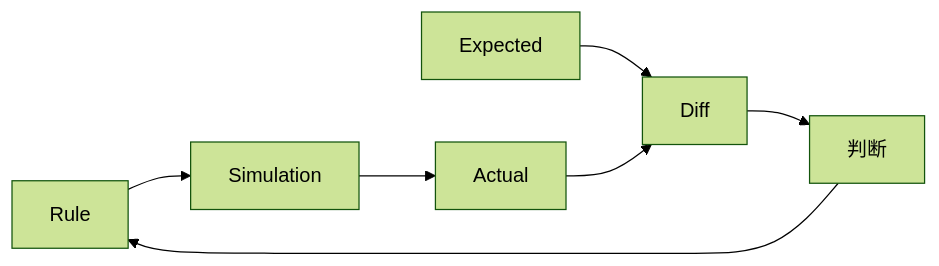
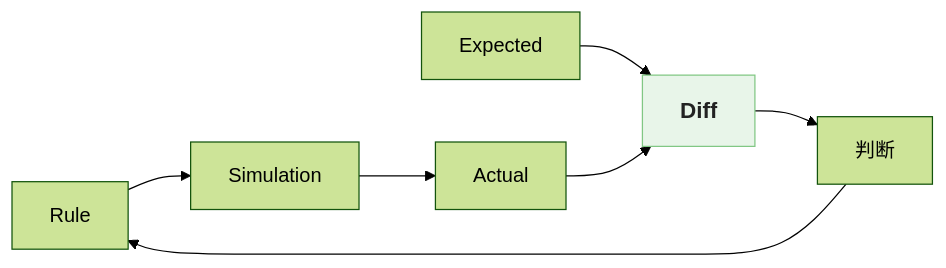
Before and after one commit to tamasub/FRB: the second of 2 diagrams in articles/ai-collaboration04-humanintheloop.md, drawn with Mermaid (forest theme). The commit also changed other lines of this file, not shown here.

````diff
--- a/articles/ai-collaboration04-humanintheloop.md
+++ b/articles/ai-collaboration04-humanintheloop.md
@@ -758,9 +765,13 @@
 ```mermaid
 flowchart LR
     R[Rule] --> S[Simulation]
     S --> A[Actual]
     E[Expected] --> D[Diff]
     A --> D
     D --> J[判断]
     J --> R
+
+    classDef promotion fill:#e8f5e9,stroke:#81c784,color:#222,font-size:18px,font-weight:bold
+    class D promotion
+
 ```
````
